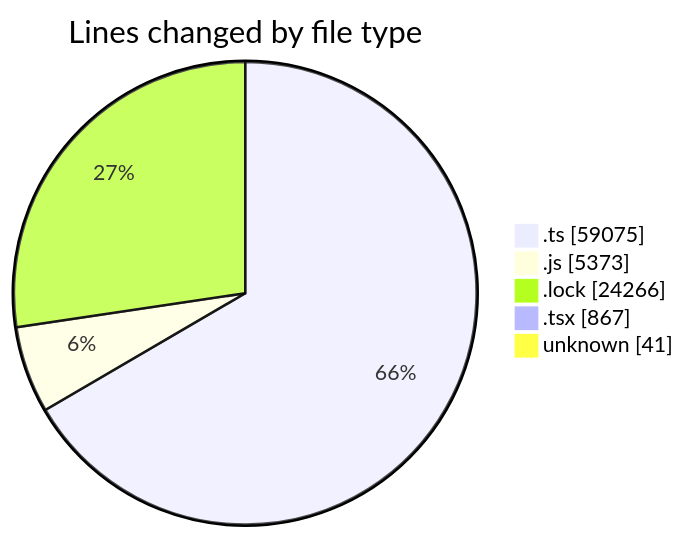
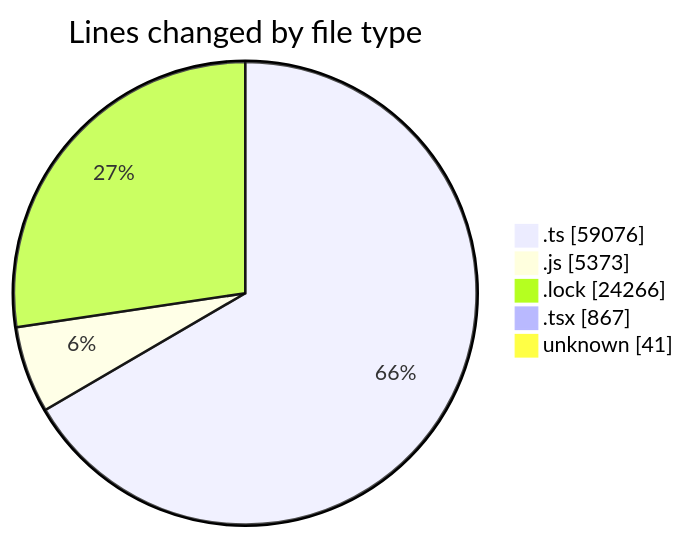
The first of 2 diagrams in 2025-08-14/cda/README.md (momahboobian/code-tracking), drawn with Mermaid before and after one commit. The commit also changed other lines of this file and 1 other file, not shown here.

````diff
--- a/2025-08-14/cda/README.md
+++ b/2025-08-14/cda/README.md
@@ -38,9 +38,9 @@
 ```mermaid
 pie showData
 title Lines changed by file type
-".ts" : 59075
+".ts" : 59076
 ".js" : 5373
 ".lock" : 24266
 ".tsx" : 867
 "unknown" : 41
 ```
````
